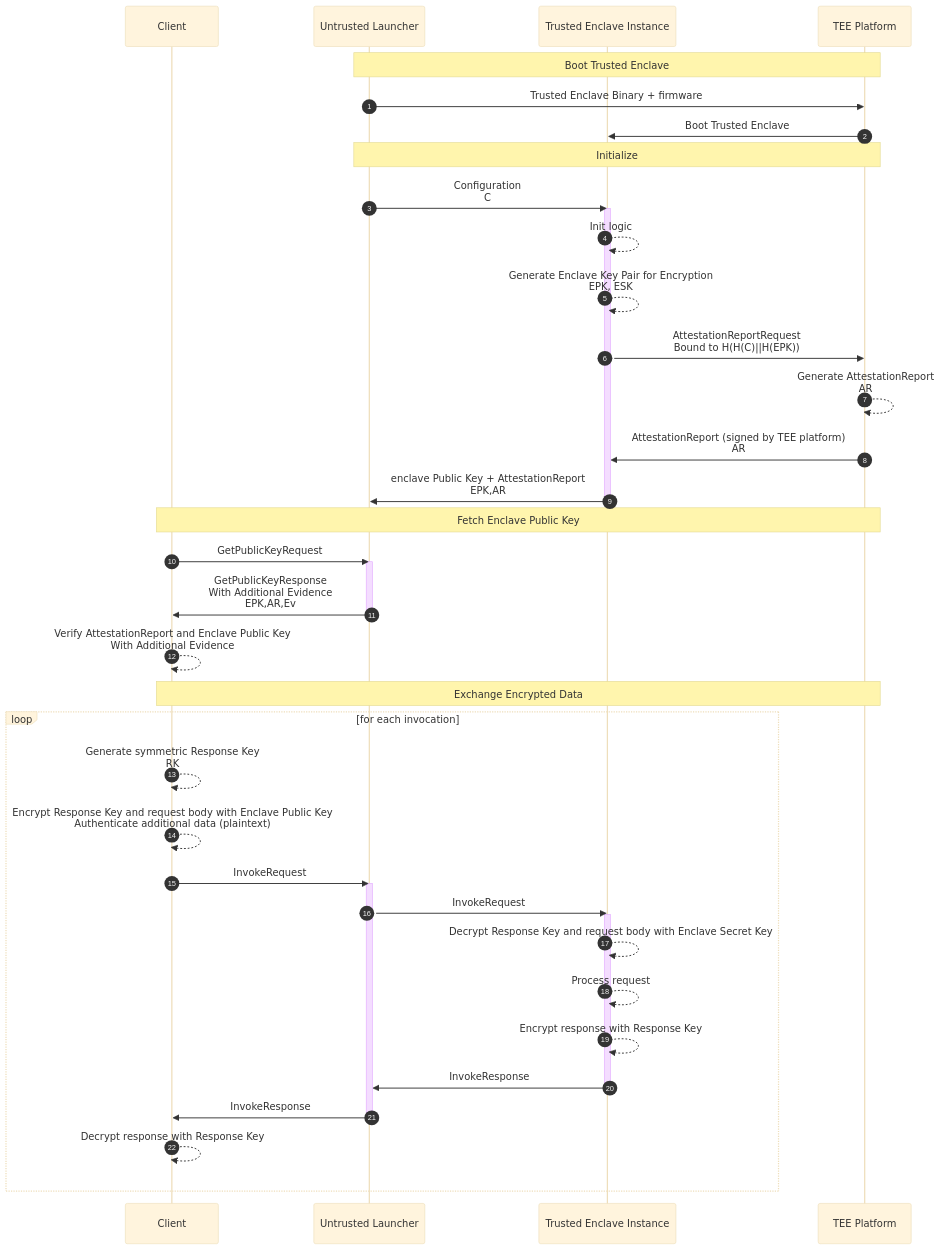
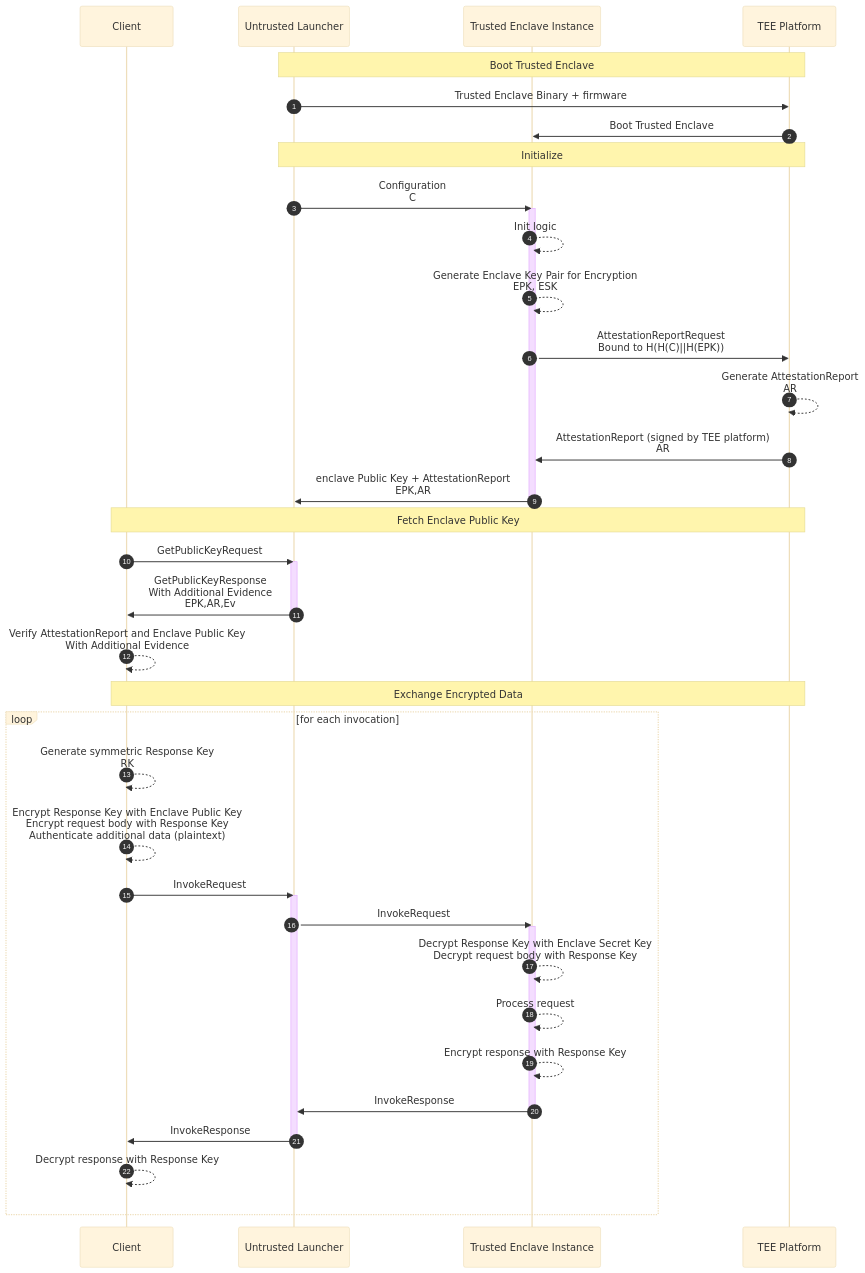
One commit to project-oak/oak changed the diagram in docs/remote-attestation.md. Above: the diagram before and after it, drawn with Mermaid (base theme).

Commit message:
Update Attestation diagram

````diff
--- a/docs/remote-attestation.md
+++ b/docs/remote-attestation.md
@@ -18,54 +18,54 @@
 ```mermaid
 sequenceDiagram
 
 autonumber
 
 participant C as Client
 participant U as Untrusted Launcher
 participant T as Trusted Enclave Instance
 participant P as TEE Platform
 
 Note over U,P: Boot Trusted Enclave
 
 U->>P: Trusted Enclave Binary + firmware
 P->>T: Boot Trusted Enclave
 
 Note over U,P: Initialize
 
 U->>T: Configuration<br>C
 activate T
 T-->>T: Init logic
 T-->>T: Generate Enclave Key Pair for Encryption<br>EPK, ESK
 T->>P: AttestationReportRequest<br>Bound to H(H(C)||H(EPK))
 P-->>P: Generate AttestationReport<br>AR
 P->>T: AttestationReport (signed by TEE platform)<br>AR
 T->>U: enclave Public Key + AttestationReport<br>EPK,AR
 deactivate T
 
 Note over C,P: Fetch Enclave Public Key
 
 C->>U: GetPublicKeyRequest
 activate U
 U->>C: GetPublicKeyResponse<br>With Additional Evidence<br>EPK,AR,Ev
 deactivate U
 C-->>C: Verify AttestationReport and Enclave Public Key<br>With Additional Evidence
 
 Note over C,P: Exchange Encrypted Data
 
 loop for each invocation
    C-->>C: Generate symmetric Response Key<br>RK
-   C-->>C: Encrypt Response Key and request body with Enclave Public Key<br>Authenticate additional data (plaintext)
+   C-->>C: Encrypt Response Key with Enclave Public Key<br>Encrypt request body with Response Key<br>Authenticate additional data (plaintext)
    C->>U: InvokeRequest
    activate U
    U->>T: InvokeRequest
    activate T
-   T-->>T: Decrypt Response Key and request body with Enclave Secret Key
+   T-->>T: Decrypt Response Key with Enclave Secret Key<br>Decrypt request body with Response Key
    T-->>T: Process request
    T-->>T: Encrypt response with Response Key
    T->>U: InvokeResponse
    deactivate T
    U->>C: InvokeResponse
    deactivate U
    C-->>C: Decrypt response with Response Key
 end
 ```
````
